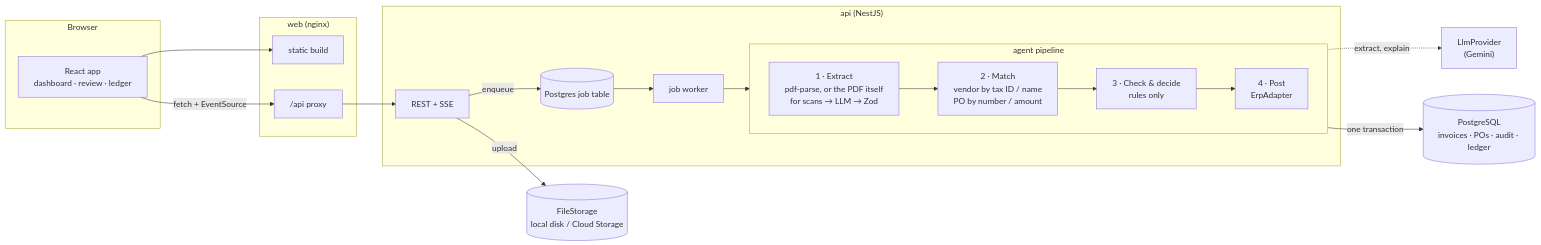
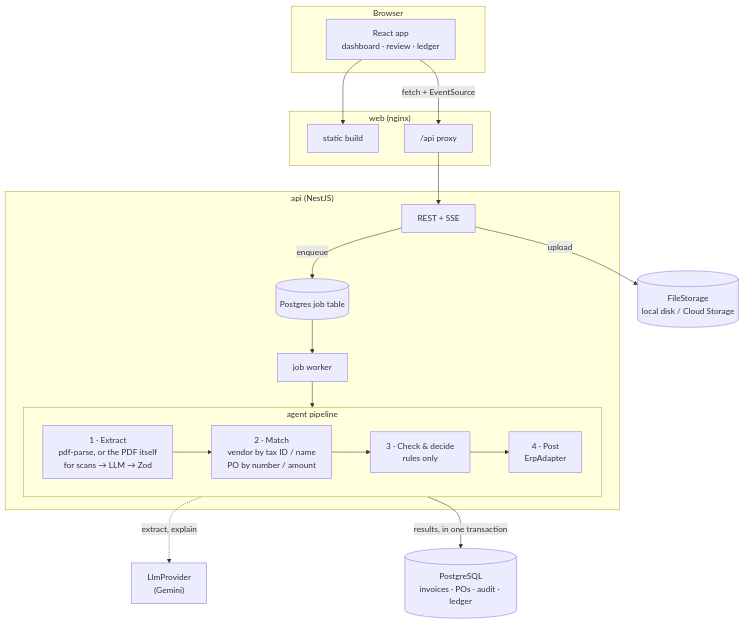
The diagram in README.md (rudrakshSoni-dev/invoice-flow), drawn with Mermaid before and after one commit.

Commit message:
docs: vertical architecture diagram

````diff
--- a/README.md
+++ b/README.md
@@ -9,31 +9,31 @@
 ```mermaid
-flowchart LR
+flowchart TB
   subgraph Browser
     UI["React app<br/>dashboard · review · ledger"]
   end
   subgraph web["web (nginx)"]
     Static[static build]
     Proxy["/api proxy"]
   end
   subgraph api["api (NestJS)"]
     REST[REST + SSE]
     Queue[(Postgres job table)]
     Worker[job worker]
     subgraph Pipeline["agent pipeline"]
       direction LR
       E["1 · Extract<br/>pdf-parse, or the PDF itself<br/>for scans → LLM → Zod"] --> M["2 · Match<br/>vendor by tax ID / name<br/>PO by number / amount"]
       M --> C["3 · Check & decide<br/>rules only"]
       C --> P["4 · Post<br/>ErpAdapter"]
     end
   end
   LLM["LlmProvider<br/>(Gemini)"]
   DB[(PostgreSQL<br/>invoices · POs · audit · ledger)]
   Files[(FileStorage<br/>local disk / Cloud Storage)]
 
   UI --> Static
   UI -- fetch + EventSource --> Proxy --> REST
   REST -- upload --> Files
   REST -- enqueue --> Queue --> Worker --> Pipeline
   E -. extract, explain .-> LLM
-  Pipeline -- one transaction --> DB
+  P -- results, in one transaction --> DB
 ```
````
